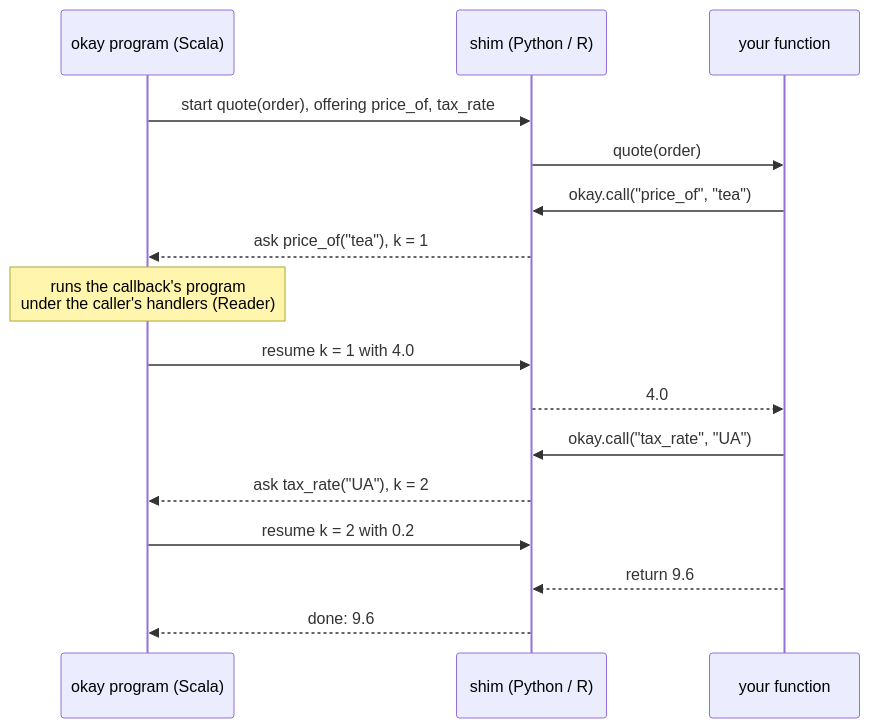
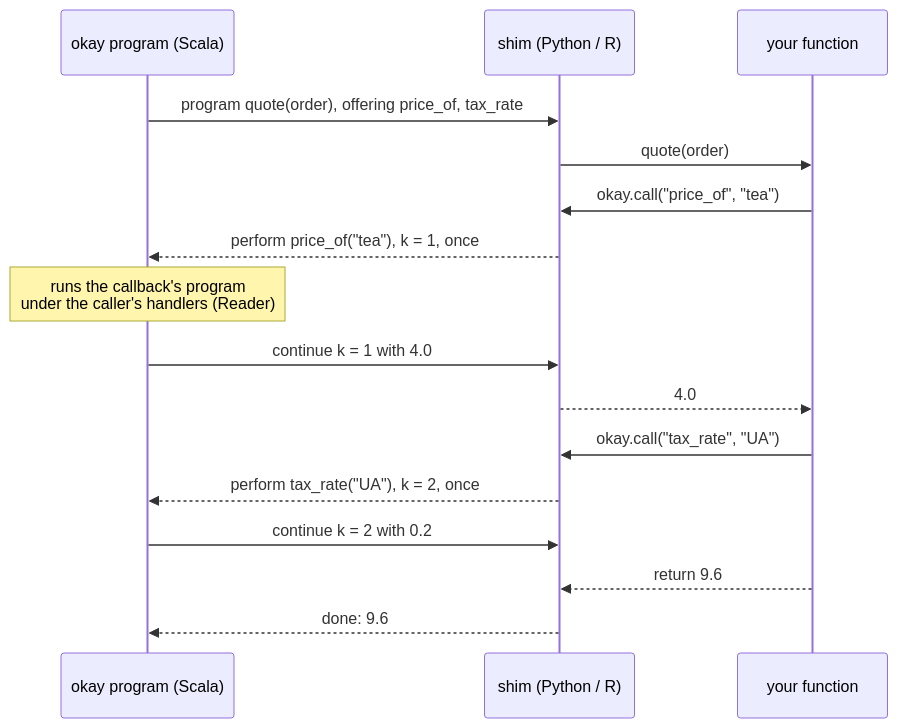
One commit to sergey-scherbina/okay changed the second of 2 diagrams in docs/python-and-r.md. Above: the diagram before and after it, drawn with Mermaid. The commit also changed 6 other files, not shown here.

First line of the commit message:
foreign-one-program: the journal names program/continue; a plain return is a finished program; docs and remote-foreign's box say so

````diff
--- a/docs/python-and-r.md
+++ b/docs/python-and-r.md
@@ -124,18 +124,18 @@
 ```mermaid
 sequenceDiagram
   participant S as okay program (Scala)
   participant W as shim (Python / R)
   participant U as your function
-  S->>W: start quote(order), offering price_of, tax_rate
+  S->>W: program quote(order), offering price_of, tax_rate
   W->>U: quote(order)
   U->>W: okay.call("price_of", "tea")
-  W-->>S: ask price_of("tea"), k = 1
+  W-->>S: perform price_of("tea"), k = 1, once
   Note over S: runs the callback's program<br/>under the caller's handlers (Reader)
-  S->>W: resume k = 1 with 4.0
+  S->>W: continue k = 1 with 4.0
   W-->>U: 4.0
   U->>W: okay.call("tax_rate", "UA")
-  W-->>S: ask tax_rate("UA"), k = 2
-  S->>W: resume k = 2 with 0.2
+  W-->>S: perform tax_rate("UA"), k = 2, once
+  S->>W: continue k = 2 with 0.2
   U-->>W: return 9.6
   W-->>S: done: 9.6
 ```
````
